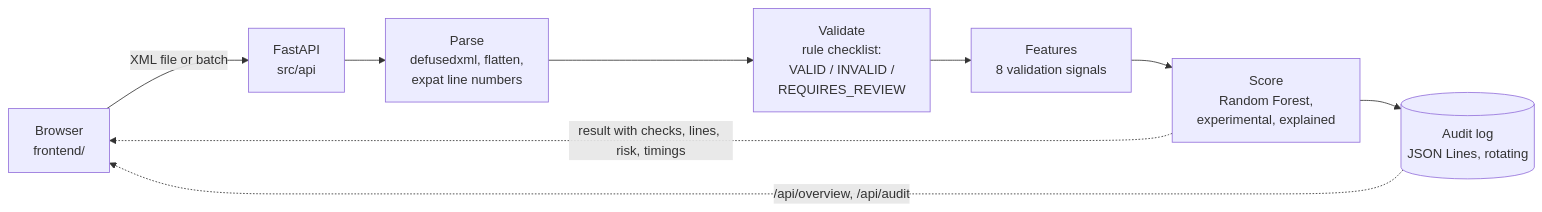
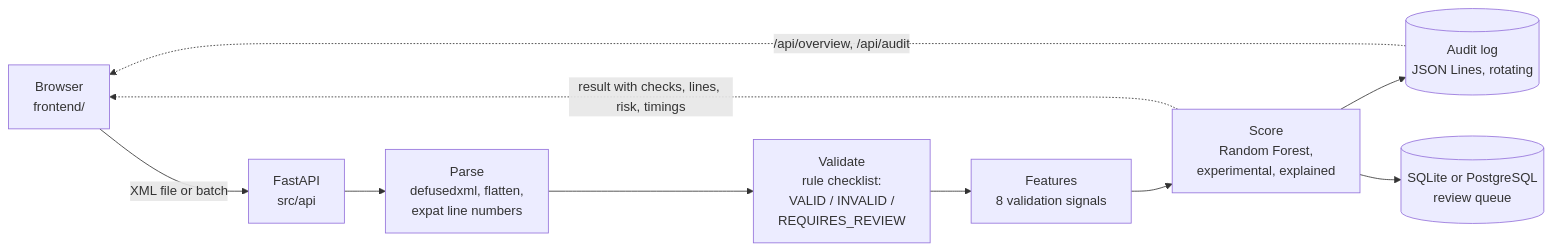
Before and after one commit to vishnuatgit/SupplyTrace: the diagram in README.md, drawn with Mermaid. The commit also changed other lines of this file and 20 other files, not shown here.

First line of the commit message:
Add a review queue for invoices that need a person

````diff
--- a/README.md
+++ b/README.md
@@ -80,11 +81,12 @@
 ```mermaid
 flowchart LR
     U[Browser<br/>frontend/] -->|XML file or batch| API[FastAPI<br/>src/api]
     API --> P[Parse<br/>defusedxml, flatten,<br/>expat line numbers]
     P --> V[Validate<br/>rule checklist:<br/>VALID / INVALID /<br/>REQUIRES_REVIEW]
     V --> F[Features<br/>8 validation signals]
     F --> M[Score<br/>Random Forest,<br/>experimental, explained]
     M --> LOG[(Audit log<br/>JSON Lines, rotating)]
+    M --> DB[(SQLite or PostgreSQL<br/>review queue)]
     M -. result with checks, lines, risk, timings .-> U
     LOG -. /api/overview, /api/audit .-> U
 ```
````
